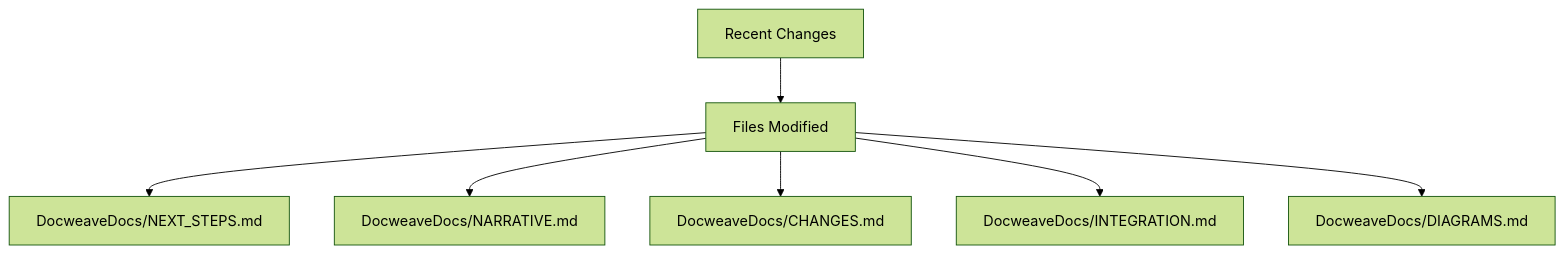
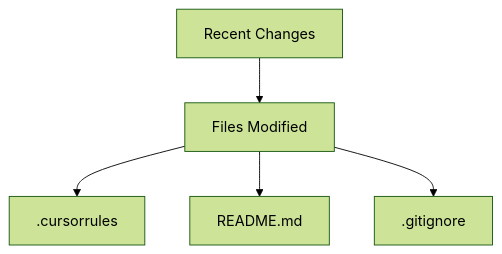
Before and after one commit to Juls95/DocWeave: the sixth of 7 diagrams in DocweaveDocs/DIAGRAMS.md, drawn with Mermaid (forest theme). The commit also changed other lines of this file and 4 other files, not shown here.

````diff
--- a/DocweaveDocs/DIAGRAMS.md
+++ b/DocweaveDocs/DIAGRAMS.md
@@ -150,9 +90,7 @@
 ```mermaid
 graph TD
     A[Recent Changes] --> B[Files Modified]
-    B --> F1["DocweaveDocs/NEXT_STEPS.md"]
-    B --> F2["DocweaveDocs/NARRATIVE.md"]
-    B --> F3["DocweaveDocs/CHANGES.md"]
-    B --> F4["DocweaveDocs/INTEGRATION.md"]
-    B --> F5["DocweaveDocs/DIAGRAMS.md"]
+    B --> F1[".cursorrules"]
+    B --> F2["README.md"]
+    B --> F3[".gitignore"]
 ```
````
